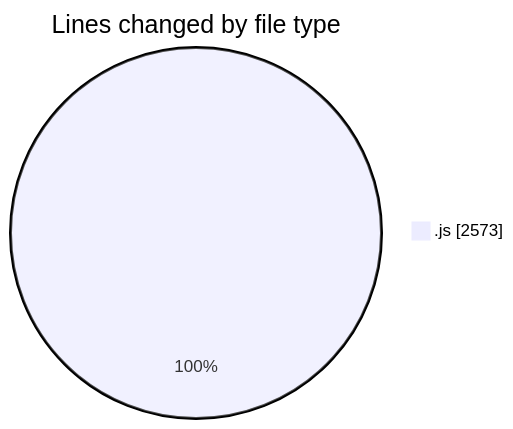
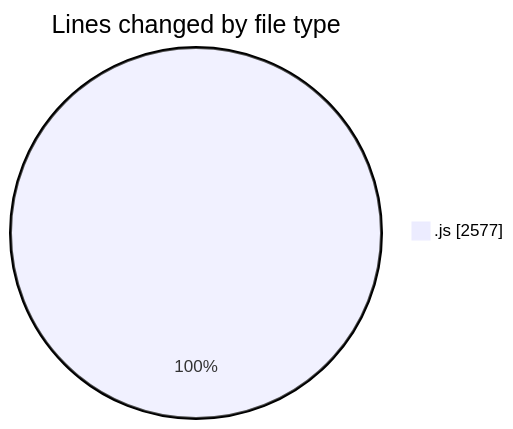
One commit to nxtqubesakshisongat/code-tracking changed the first of 2 diagrams in 2025-10-15/nxtqube_webapp/README.md. Above: the diagram before and after it, drawn with Mermaid. The commit also changed other lines of this file and 1 other file, not shown here.

````diff
--- a/2025-10-15/nxtqube_webapp/README.md
+++ b/2025-10-15/nxtqube_webapp/README.md
@@ -21,5 +21,5 @@
 ```mermaid
 pie showData
 title Lines changed by file type
-".js" : 2573
+".js" : 2577
 ```
````
